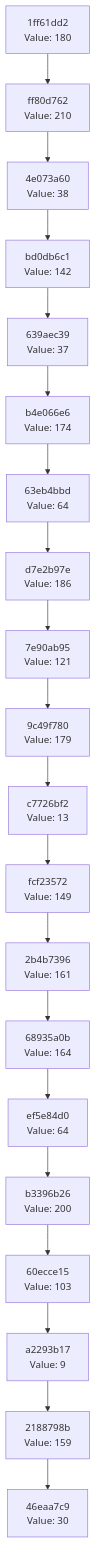
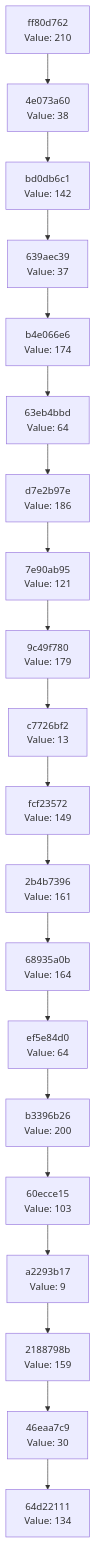
One commit to Abhisheksinha1506/hash-chain-evolver changed the diagram in docs/CHAIN_VISUALIZATION.md. Above: the diagram before and after it, drawn with Mermaid. The commit also changed 3 other files, not shown here.

````diff
--- a/docs/CHAIN_VISUALIZATION.md
+++ b/docs/CHAIN_VISUALIZATION.md
@@ -3,42 +3,42 @@
 ```mermaid
 graph TD
-    C0["46eaa7c9<br/>Value: 30"]
-    C1["2188798b<br/>Value: 159"]
+    C0["64d22111<br/>Value: 134"]
+    C1["46eaa7c9<br/>Value: 30"]
     C1 --> C0
-    C2["a2293b17<br/>Value: 9"]
+    C2["2188798b<br/>Value: 159"]
     C2 --> C1
-    C3["60ecce15<br/>Value: 103"]
+    C3["a2293b17<br/>Value: 9"]
     C3 --> C2
-    C4["b3396b26<br/>Value: 200"]
+    C4["60ecce15<br/>Value: 103"]
     C4 --> C3
-    C5["ef5e84d0<br/>Value: 64"]
+    C5["b3396b26<br/>Value: 200"]
     C5 --> C4
-    C6["68935a0b<br/>Value: 164"]
+    C6["ef5e84d0<br/>Value: 64"]
     C6 --> C5
-    C7["2b4b7396<br/>Value: 161"]
+    C7["68935a0b<br/>Value: 164"]
     C7 --> C6
-    C8["fcf23572<br/>Value: 149"]
+    C8["2b4b7396<br/>Value: 161"]
     C8 --> C7
-    C9["c7726bf2<br/>Value: 13"]
+    C9["fcf23572<br/>Value: 149"]
     C9 --> C8
-    C10["9c49f780<br/>Value: 179"]
+    C10["c7726bf2<br/>Value: 13"]
     C10 --> C9
-    C11["7e90ab95<br/>Value: 121"]
+    C11["9c49f780<br/>Value: 179"]
     C11 --> C10
-    C12["d7e2b97e<br/>Value: 186"]
+    C12["7e90ab95<br/>Value: 121"]
     C12 --> C11
-    C13["63eb4bbd<br/>Value: 64"]
+    C13["d7e2b97e<br/>Value: 186"]
     C13 --> C12
-    C14["b4e066e6<br/>Value: 174"]
+    C14["63eb4bbd<br/>Value: 64"]
     C14 --> C13
-    C15["639aec39<br/>Value: 37"]
+    C15["b4e066e6<br/>Value: 174"]
     C15 --> C14
-    C16["bd0db6c1<br/>Value: 142"]
+    C16["639aec39<br/>Value: 37"]
     C16 --> C15
-    C17["4e073a60<br/>Value: 38"]
+    C17["bd0db6c1<br/>Value: 142"]
     C17 --> C16
-    C18["ff80d762<br/>Value: 210"]
+    C18["4e073a60<br/>Value: 38"]
     C18 --> C17
-    C19["1ff61dd2<br/>Value: 180"]
+    C19["ff80d762<br/>Value: 210"]
     C19 --> C18
 ```
````
